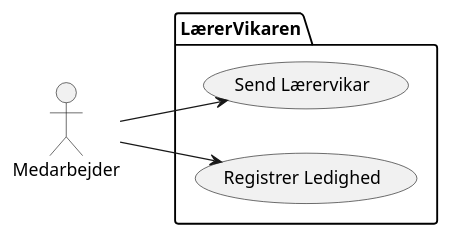
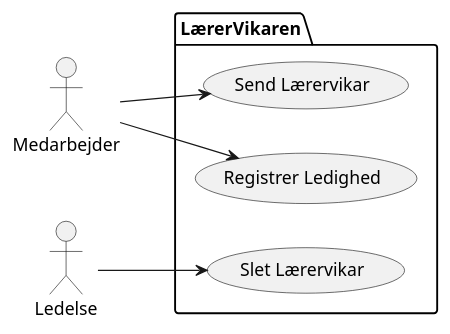
Before and after one commit to FilipMeldal/Team1A: the diagram in LærerVikaren/LaererVikarUseCaseDiagram.plantuml, drawn with PlantUML.

Commit message:
Lærerviakren Usecase diagram rettelser

```diff
--- a/LærerVikaren/LaererVikarUseCaseDiagram.plantuml
+++ b/LærerVikaren/LaererVikarUseCaseDiagram.plantuml
@@ -1,21 +1,24 @@
 @startuml
 left to right direction
 
 'Aktører
 actor Medarbejder as m
+actor Ledelse as l
 
 'Projekt navn >
 package LærerVikaren { 
 
 'Use cases
 usecase "Send Lærervikar" as US1
 usecase "Registrer Ledighed" as US2
+usecase "Slet Lærervikar" as US3
 }
 
 'Pile
 m --> US1
 m --> US2
+l --> US3
 
 
 
 @enduml
```
